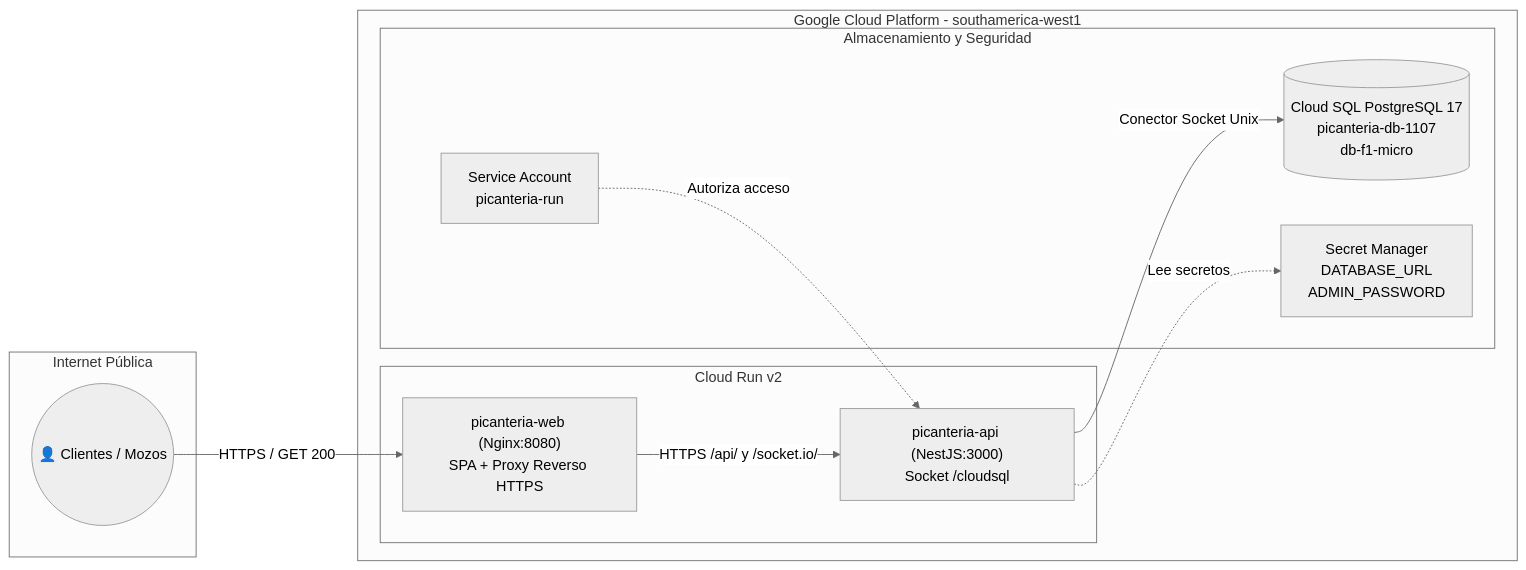
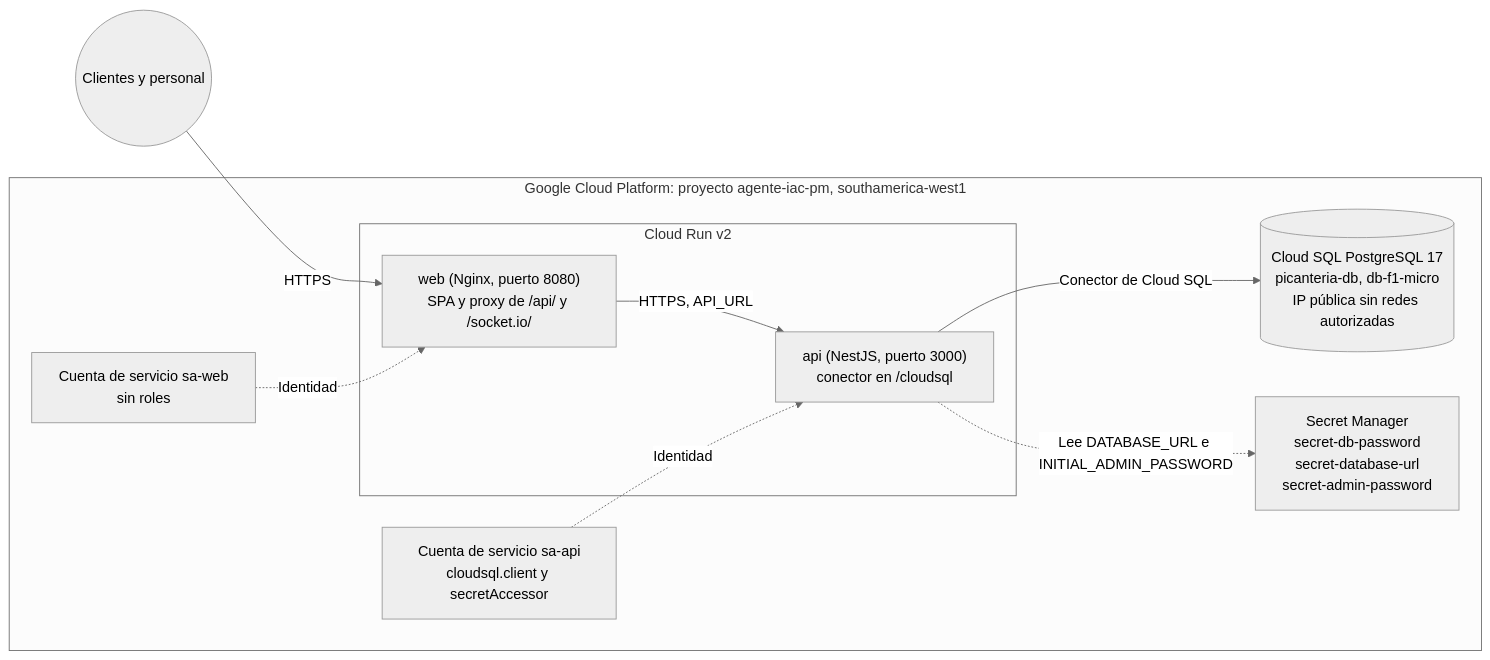
One commit to pieroMejiaR/LLM-IAC-GCP changed the third of 4 diagrams in docs/informe.md. Above: the diagram before and after it, drawn with Mermaid (neutral theme). The commit also changed other lines of this file and 16 other files, not shown here.

````diff
--- a/docs/informe.md
+++ b/docs/informe.md
@@ -415,25 +444,21 @@
 ```mermaid
 graph LR
-    subgraph Internet Pública
-        Usuario(("👤 Clientes / Mozos"))
+    Usuario(("Clientes y personal")) -->|HTTPS| Web
+
+    subgraph GCP["Google Cloud Platform: proyecto agente-iac-pm, southamerica-west1"]
+        subgraph CR["Cloud Run v2"]
+            Web["web (Nginx, puerto 8080)<br>SPA y proxy de /api/ y /socket.io/"]
+            API["api (NestJS, puerto 3000)<br>conector en /cloudsql"]
+        end
+        DB[("Cloud SQL PostgreSQL 17<br>picanteria-db, db-f1-micro<br>IP pública sin redes autorizadas")]
+        SM["Secret Manager<br>secret-db-password<br>secret-database-url<br>secret-admin-password"]
+        SAAPI["Cuenta de servicio sa-api<br>cloudsql.client y secretAccessor"]
+        SAWEB["Cuenta de servicio sa-web<br>sin roles"]
     end
 
-    subgraph Google Cloud Platform - southamerica-west1
-        subgraph Cloud Run v2
-            Web["picanteria-web (Nginx:8080)<br>SPA + Proxy Reverso HTTPS"]
-            API["picanteria-api (NestJS:3000)<br>Socket /cloudsql"]
-        end
-
-        subgraph Almacenamiento y Seguridad
-            DB[("Cloud SQL PostgreSQL 17<br>picanteria-db-1107<br>db-f1-micro")]
-            SM["Secret Manager<br>DATABASE_URL<br>ADMIN_PASSWORD"]
-            SA["Service Account<br>picanteria-run"]
-        end
-    end
-
-    Usuario -->|HTTPS / GET 200| Web
-    Web -->|HTTPS /api/ y /socket.io/| API
-    API -->|Conector Socket Unix| DB
-    API -.->|Lee secretos| SM
-    SA -.->|Autoriza acceso| API
+    Web -->|HTTPS, API_URL| API
+    API -->|Conector de Cloud SQL| DB
+    API -.->|Lee DATABASE_URL e INITIAL_ADMIN_PASSWORD| SM
+    SAAPI -.->|Identidad| API
+    SAWEB -.->|Identidad| Web
 ```
````
